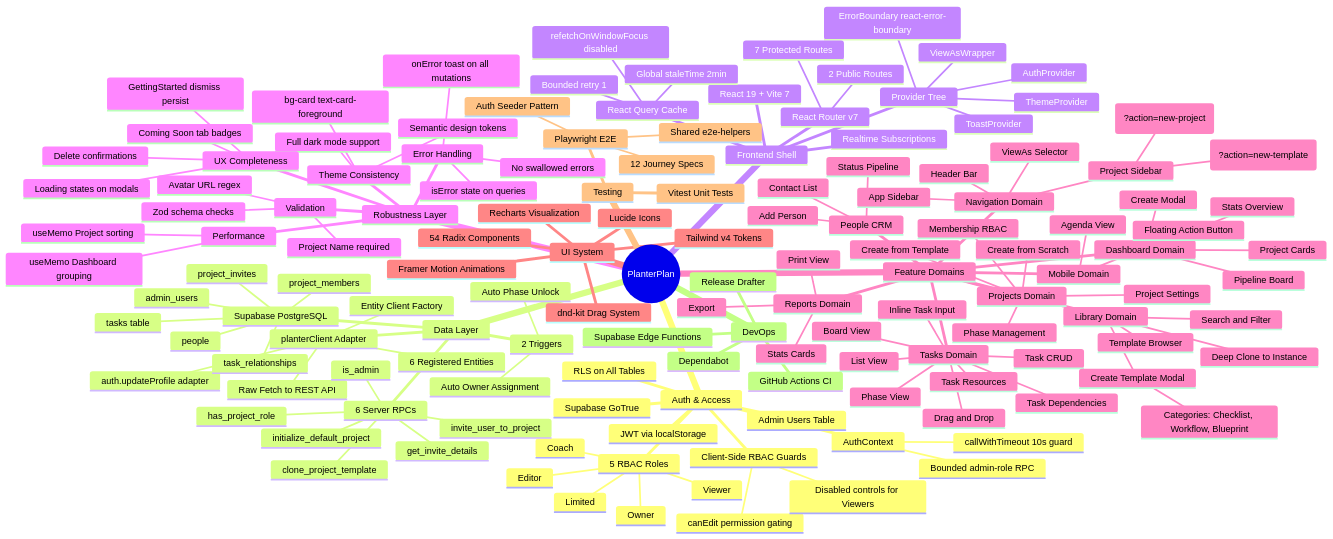
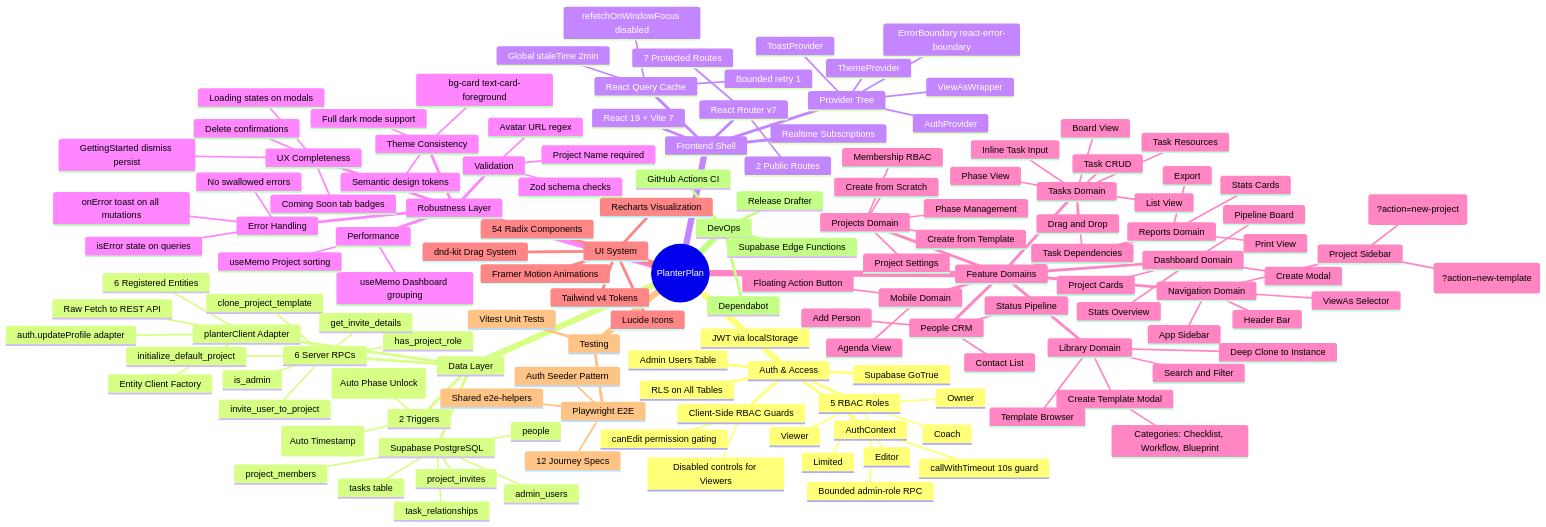
One commit to JoelA510/PlanterPlan-Alpha changed the first of 10 diagrams in docs/PROJECT_MIND_MAP.md. Above: the diagram before and after it, drawn with Mermaid. The commit also changed other lines of this file and 1 other file, not shown here.

Commit message:
docs: finalize PR description and project mind map with recent fixes

```diff
--- a/docs/PROJECT_MIND_MAP.md
+++ b/docs/PROJECT_MIND_MAP.md
@@ -138,8 +138,8 @@
         get_invite_details
         initialize_default_project
       2 Triggers
-        Auto Phase Unlock
-        Auto Owner Assignment
+        handle_updated_at (Auto Timestamp)
+        trigger_phase_unlock (Auto Phase Unlock)
     Frontend Shell
       React 19 + Vite 7
       Provider Tree
```
